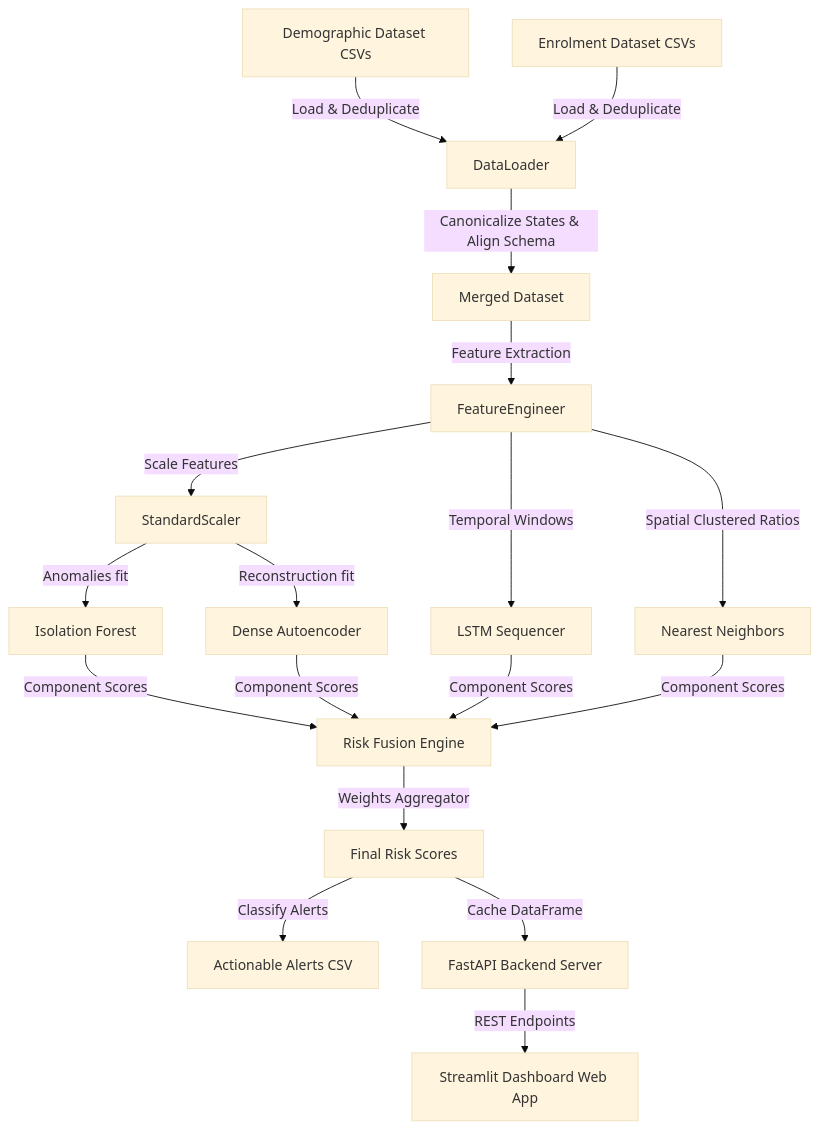
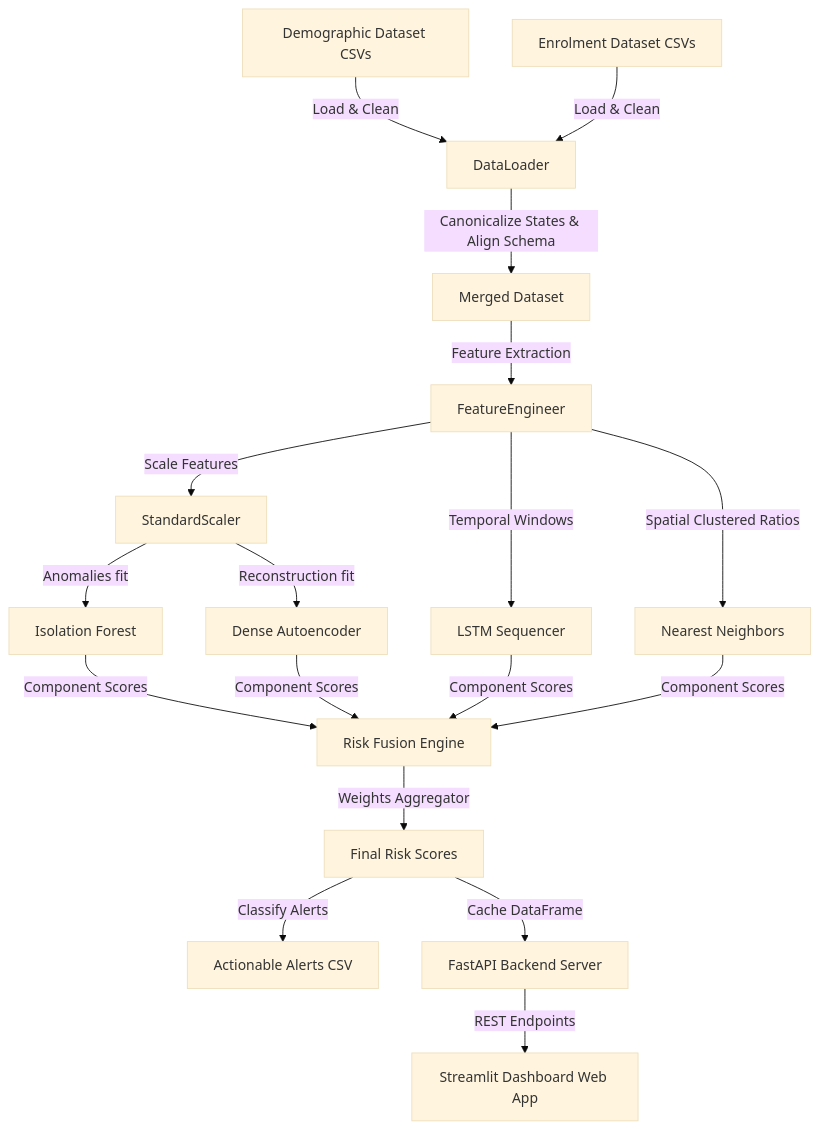
Before and after one commit to sg721642/UIDAI-Aadhaar-Risk-Intelligence: the diagram in README.md, drawn with Mermaid (base theme). The commit also changed other lines of this file and 2 other files, not shown here.

````diff
--- a/README.md
+++ b/README.md
@@ -18,23 +57,23 @@
 ```mermaid
 graph TD
-    A[Demographic Dataset CSVs] -->|Load & Deduplicate| C[DataLoader]
-    B[Enrolment Dataset CSVs] -->|Load & Deduplicate| C
+    A[Demographic Dataset CSVs] -->|Load & Clean| C[DataLoader]
+    B[Enrolment Dataset CSVs] -->|Load & Clean| C
     C -->|Canonicalize States & Align Schema| D[Merged Dataset]
     D -->|Feature Extraction| E[FeatureEngineer]
     E -->|Scale Features| F[StandardScaler]
     F -->|Anomalies fit| G[Isolation Forest]
     F -->|Reconstruction fit| H[Dense Autoencoder]
     E -->|Temporal Windows| I[LSTM Sequencer]
     E -->|Spatial Clustered Ratios| J[Nearest Neighbors]
     
     G -->|Component Scores| K[Risk Fusion Engine]
     H -->|Component Scores| K
     I -->|Component Scores| K
     J -->|Component Scores| K
     
     K -->|Weights Aggregator| L[Final Risk Scores]
     L -->|Classify Alerts| M[Actionable Alerts CSV]
     L -->|Cache DataFrame| N[FastAPI Backend Server]
     
     N -->|REST Endpoints| O[Streamlit Dashboard Web App]
 ```
````
